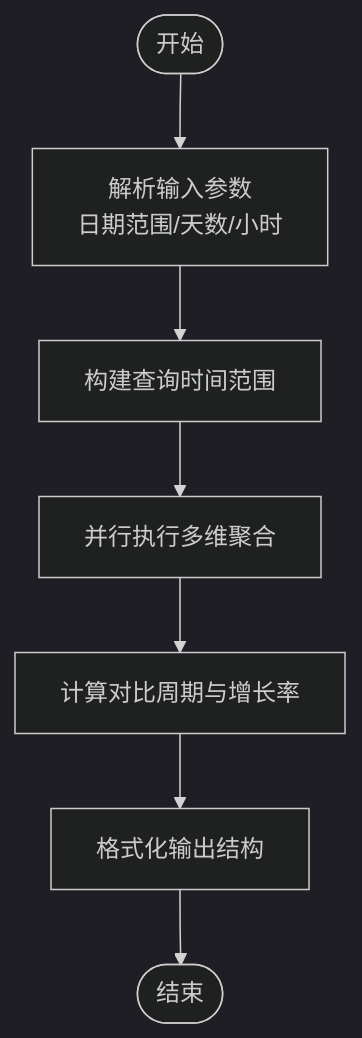
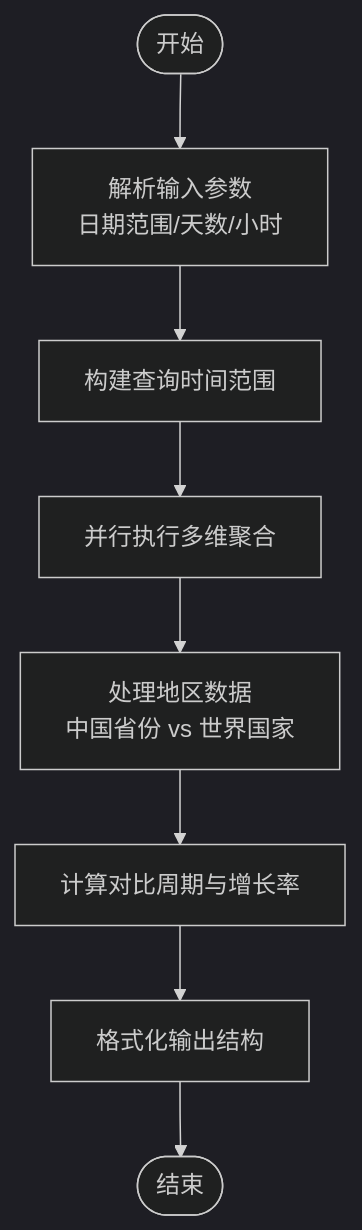
Before and after one commit to RadiumAg/AIGate: the fourth of 5 diagrams in .qoder/repowiki/zh/content/监控与分析/分析数据模型.md, drawn with Mermaid (dark theme). The commit also changed other lines of this file and 21 other files, not shown here.

````diff
--- a/.qoder/repowiki/zh/content/监控与分析/分析数据模型.md
+++ b/.qoder/repowiki/zh/content/监控与分析/分析数据模型.md
@@ -247,9 +264,10 @@
 ```mermaid
 flowchart TD
 Start(["开始"]) --> Parse["解析输入参数<br/>日期范围/天数/小时"]
 Parse --> BuildRange["构建查询时间范围"]
 BuildRange --> Parallel["并行执行多维聚合"]
-Parallel --> Growth["计算对比周期与增长率"]
+Parallel --> RegionProcess["处理地区数据<br/>中国省份 vs 世界国家"]
+RegionProcess --> Growth["计算对比周期与增长率"]
 Growth --> Format["格式化输出结构"]
 Format --> End(["结束"])
 ```
````
